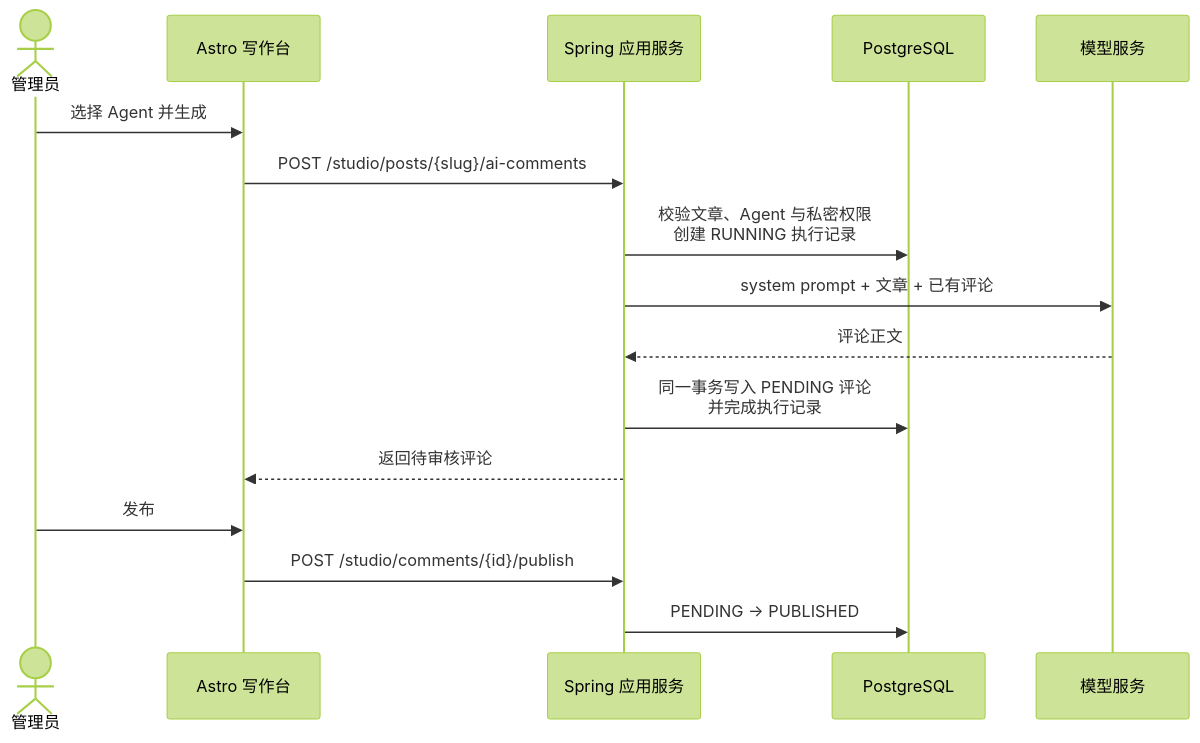
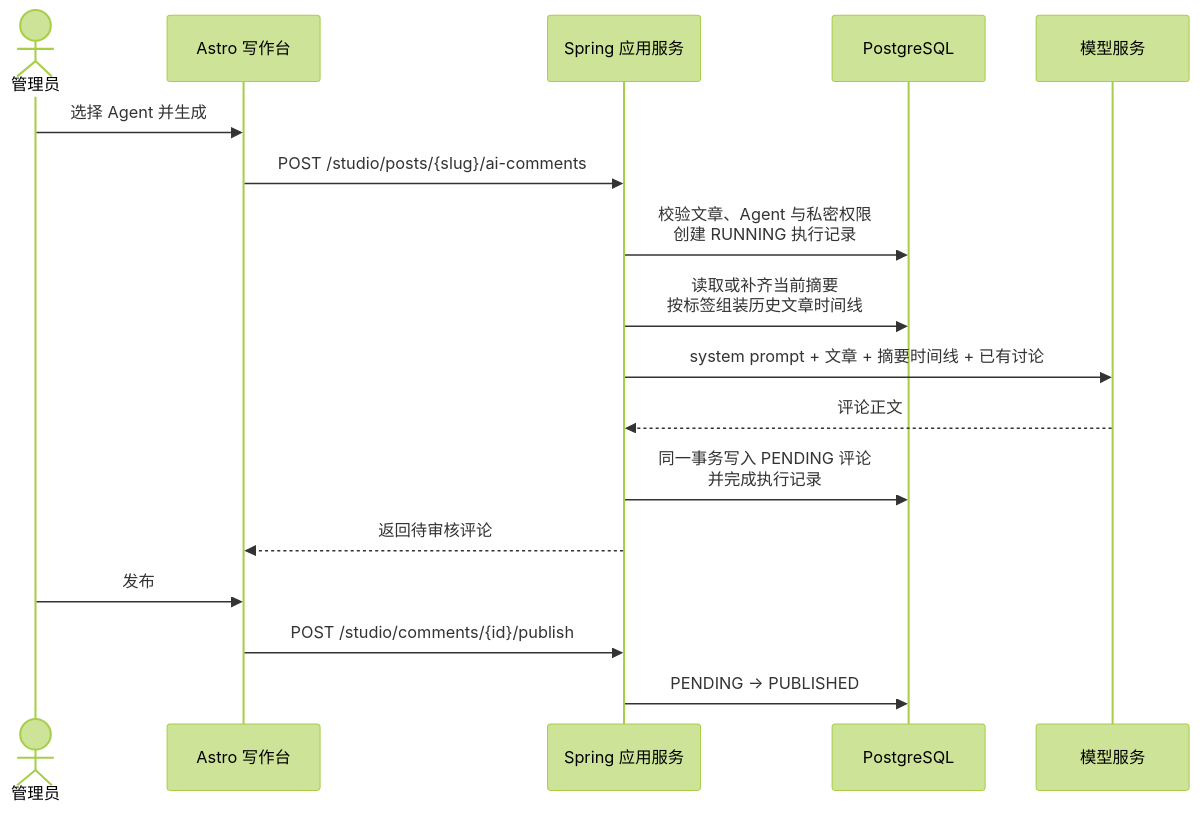
Before and after one commit to xhz10/speaive-blog: the diagram in docs/ai-comments.md, drawn with Mermaid (forest theme). The commit also changed other lines of this file and 130 other files, not shown here.

````diff
--- a/docs/ai-comments.md
+++ b/docs/ai-comments.md
@@ -53,19 +81,20 @@
 ```mermaid
 sequenceDiagram
     actor Admin as 管理员
     participant Studio as Astro 写作台
     participant App as Spring 应用服务
     participant DB as PostgreSQL
     participant Model as 模型服务
 
     Admin->>Studio: 选择 Agent 并生成
     Studio->>App: POST /studio/posts/{slug}/ai-comments
     App->>DB: 校验文章、Agent 与私密权限<br/>创建 RUNNING 执行记录
-    App->>Model: system prompt + 文章 + 已有评论
+    App->>DB: 读取或补齐当前摘要<br/>按标签组装历史文章时间线
+    App->>Model: system prompt + 文章 + 摘要时间线 + 已有讨论
     Model-->>App: 评论正文
     App->>DB: 同一事务写入 PENDING 评论<br/>并完成执行记录
     App-->>Studio: 返回待审核评论
     Admin->>Studio: 发布
     Studio->>App: POST /studio/comments/{id}/publish
     App->>DB: PENDING -> PUBLISHED
 ```
````
